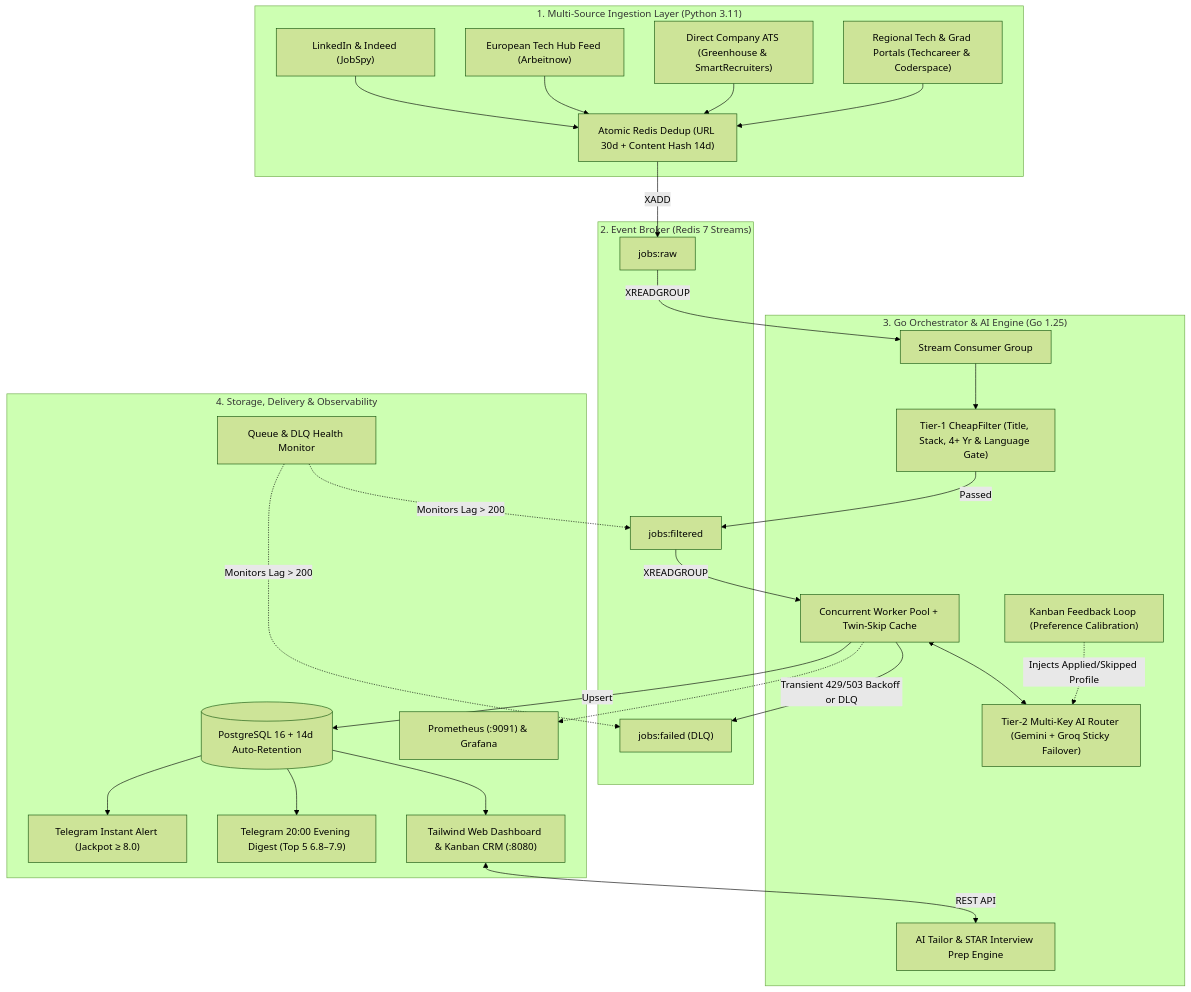
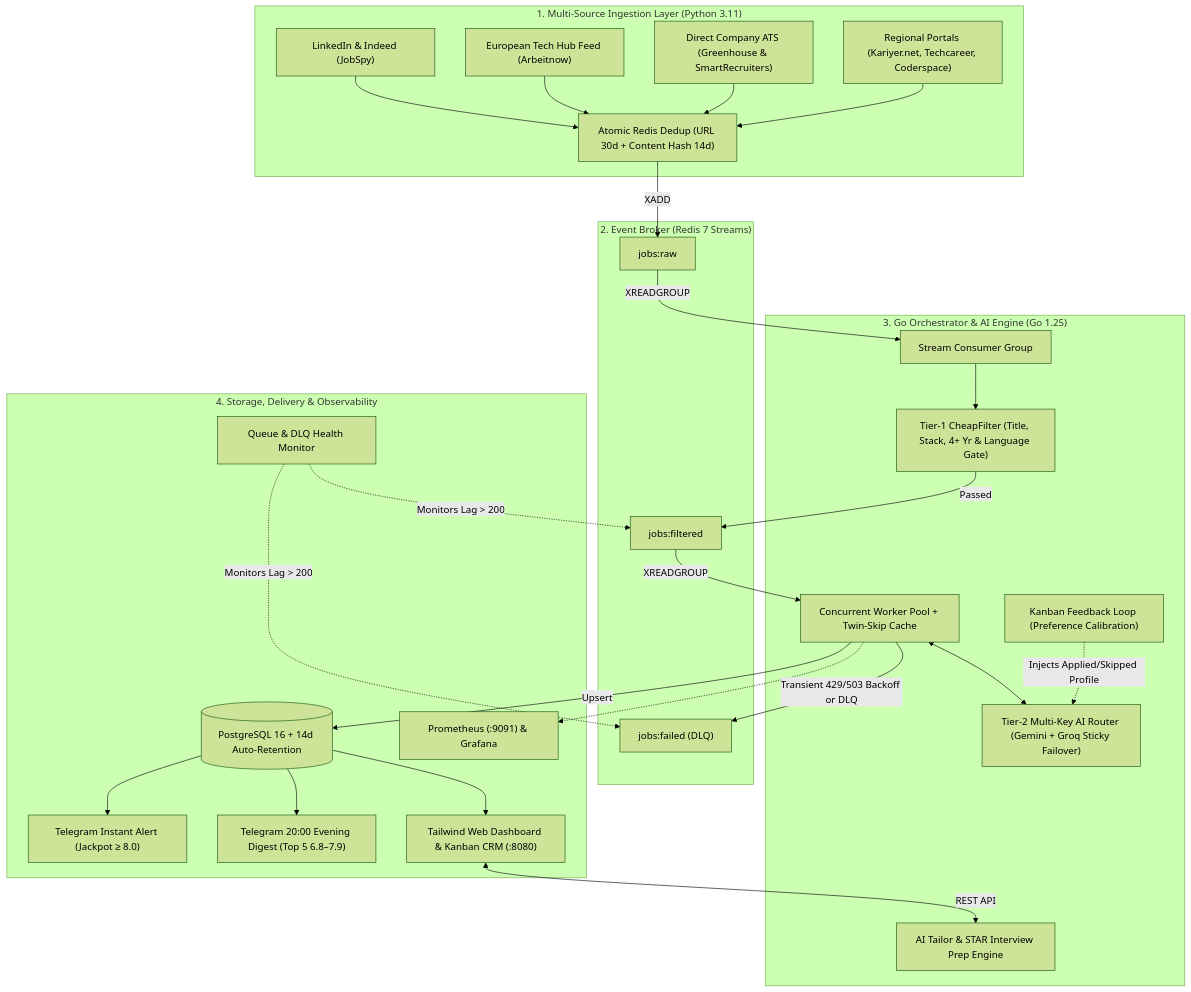
Before and after one commit to Ulas-Dursun/job-hunter: the diagram in README.md, drawn with Mermaid (forest theme). The commit also changed other lines of this file and 6 other files, not shown here.

Commit message:
feat(scraper): add Nuxt-compatible Kariyer.net source with title pre-filtering

````diff
--- a/README.md
+++ b/README.md
@@ -19,47 +19,47 @@
 ```mermaid
 flowchart TD
     subgraph S1["1. Multi-Source Ingestion Layer (Python 3.11)"]
         A1["LinkedIn & Indeed (JobSpy)"]
         A2["European Tech Hub Feed (Arbeitnow)"]
         A3["Direct Company ATS (Greenhouse & SmartRecruiters)"]
-        A4["Regional Tech & Grad Portals (Techcareer & Coderspace)"]
+        A4["Regional Portals (Kariyer.net, Techcareer, Coderspace)"]
         A5["Atomic Redis Dedup (URL 30d + Content Hash 14d)"]
     end
 
     subgraph S2["2. Event Broker (Redis 7 Streams)"]
         B["jobs:raw"]
         E["jobs:filtered"]
         F_DLQ["jobs:failed (DLQ)"]
     end
 
     subgraph S3["3. Go Orchestrator & AI Engine (Go 1.25)"]
         C["Stream Consumer Group"]
         D["Tier-1 CheapFilter (Title, Stack, 4+ Yr & Language Gate)"]
         W["Concurrent Worker Pool + Twin-Skip Cache"]
         G["Tier-2 Multi-Key AI Router (Gemini + Groq Sticky Failover)"]
         FB["Kanban Feedback Loop (Preference Calibration)"]
         T["AI Tailor & STAR Interview Prep Engine"]
     end
 
     subgraph S4["4. Storage, Delivery & Observability"]
         H[("PostgreSQL 16 + 14d Auto-Retention")]
         I1["Telegram Instant Alert (Jackpot ≥ 8.0)"]
         I2["Telegram 20:00 Evening Digest (Top 5 6.8–7.9)"]
         I3["Queue & DLQ Health Monitor"]
         J["Tailwind Web Dashboard & Kanban CRM (:8080)"]
         K["Prometheus (:9091) & Grafana"]
     end
 
     A1 & A2 & A3 & A4 --> A5 -->|XADD| B
     B -->|XREADGROUP| C --> D
     D -->|Passed| E
     E -->|XREADGROUP| W
     W <--> G
     FB -.->|Injects Applied/Skipped Profile| G
     W -->|Transient 429/503 Backoff or DLQ| F_DLQ
     W -->|Upsert| H
     H --> I1 & I2 & J
     J <-->|REST API| T
     I3 -.->|Monitors Lag > 200| E & F_DLQ
     W -.-> K
 ```
````
